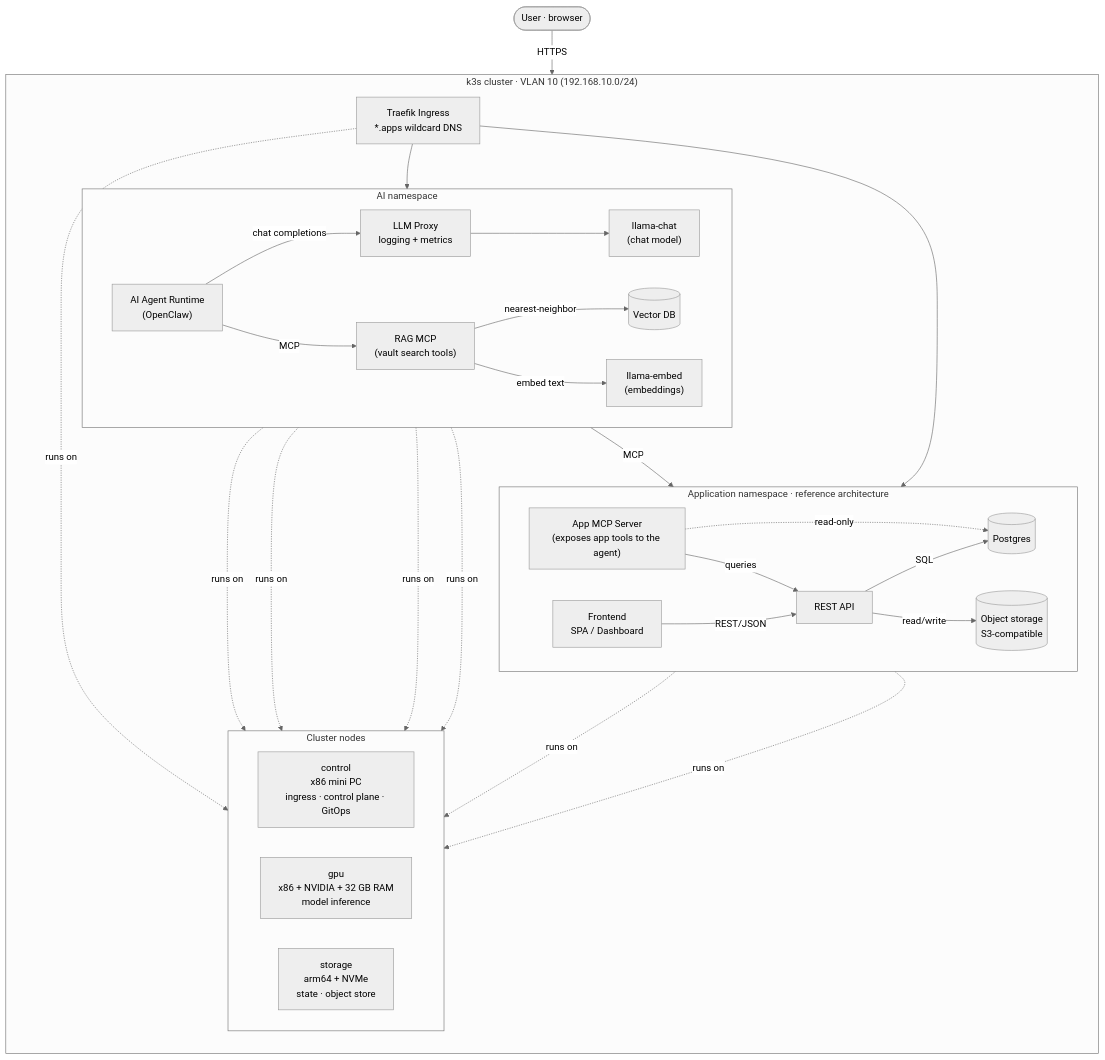
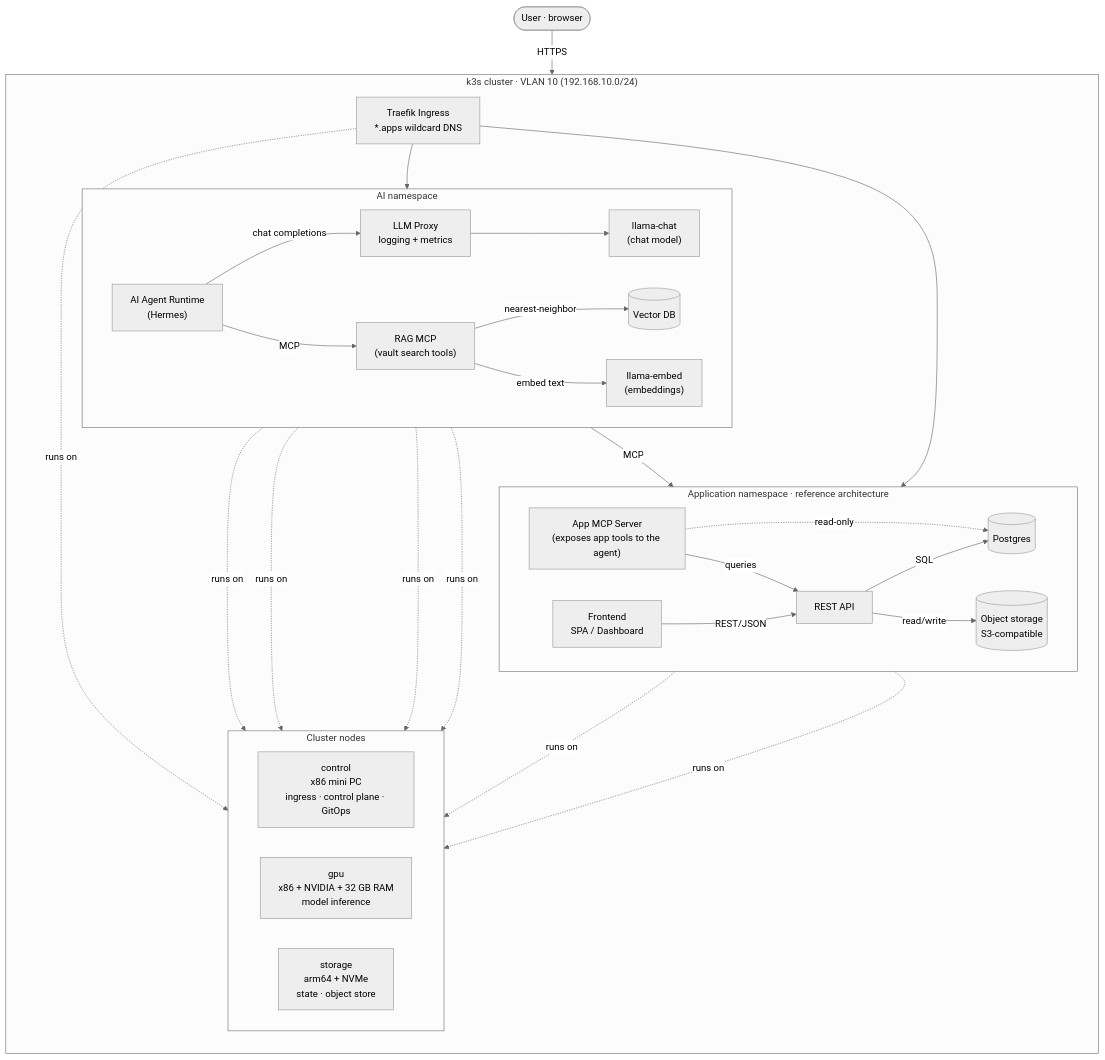
The diagram in docs/architecture.md (clacasse/k8s-cluster-bootstrap), drawn with Mermaid (neutral theme) before and after one commit. The commit also changed other lines of this file and 8 other files, not shown here.

First line of the commit message:
remove OpenClaw — Hermes is the cluster's agent runtime now

````diff
--- a/docs/architecture.md
+++ b/docs/architecture.md
@@ -7,68 +7,68 @@
 ```mermaid
 flowchart TB
     User([User · browser])
 
     subgraph cluster["k3s cluster · VLAN 10 (192.168.10.0/24)"]
         direction TB
         Ingress["Traefik Ingress<br/>*.apps wildcard DNS"]
 
         subgraph appns["Application namespace · reference architecture"]
             direction LR
             FE["Frontend<br/>SPA / Dashboard"]
             API["REST API"]
             MCP["App MCP Server<br/>(exposes app tools to the agent)"]
             DB[("Postgres")]
             S3[("Object storage<br/>S3-compatible")]
         end
 
         subgraph aians["AI namespace"]
             direction LR
-            Agent["AI Agent Runtime<br/>(OpenClaw)"]
+            Agent["AI Agent Runtime<br/>(Hermes)"]
             Proxy["LLM Proxy<br/>logging + metrics"]
             Chat["llama-chat<br/>(chat model)"]
             Embed["llama-embed<br/>(embeddings)"]
             VMCP["RAG MCP<br/>(vault search tools)"]
             Vec[("Vector DB")]
         end
 
         subgraph infra["Cluster nodes"]
             direction LR
             Ctrl["control<br/>x86 mini PC<br/>ingress · control plane · GitOps"]
             GPU["gpu<br/>x86 + NVIDIA + 32 GB RAM<br/>model inference"]
             Store["storage<br/>arm64 + NVMe<br/>state · object store"]
         end
     end
 
     %% Human path
     User -- HTTPS --> Ingress
     Ingress --> FE
     Ingress --> Agent
 
     %% App stack
     FE -- REST/JSON --> API
     API -- SQL --> DB
     API -- read/write --> S3
 
     %% Agent -> LLM (inference)
     Agent -- chat completions --> Proxy
     Proxy --> Chat
 
     %% Agent -> App via MCP
     Agent -- MCP --> MCP
     MCP -- queries --> API
     MCP -. read-only .-> DB
 
     %% Agent -> Vault RAG via MCP (parallel example)
     Agent -- MCP --> VMCP
     VMCP -- nearest-neighbor --> Vec
     VMCP -- embed text --> Embed
 
     %% Node affinity
     Ingress -. runs on .-> Ctrl
     Agent  -. runs on .-> Ctrl
     Chat   -. runs on .-> GPU
     Embed  -. runs on .-> GPU
     DB     -. runs on .-> Store
     Vec    -. runs on .-> Store
     S3     -. runs on .-> Store
 ```
````
